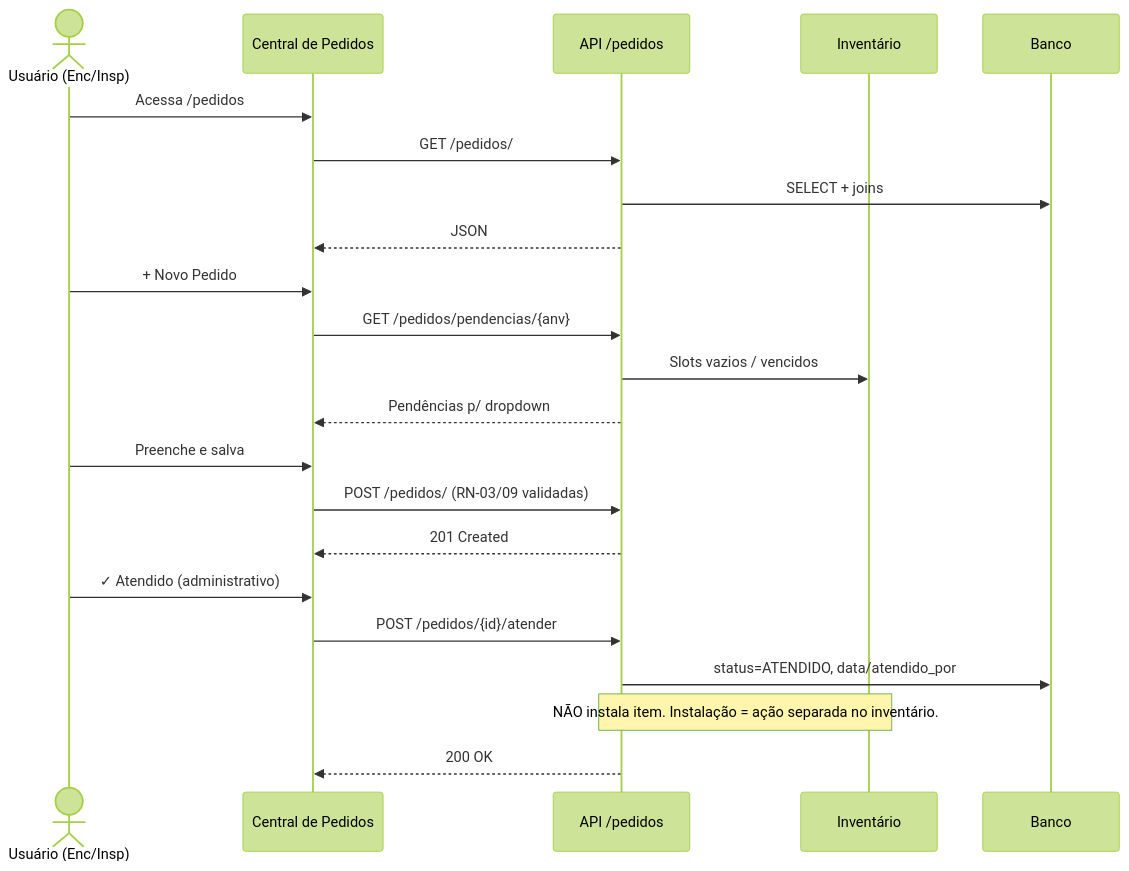
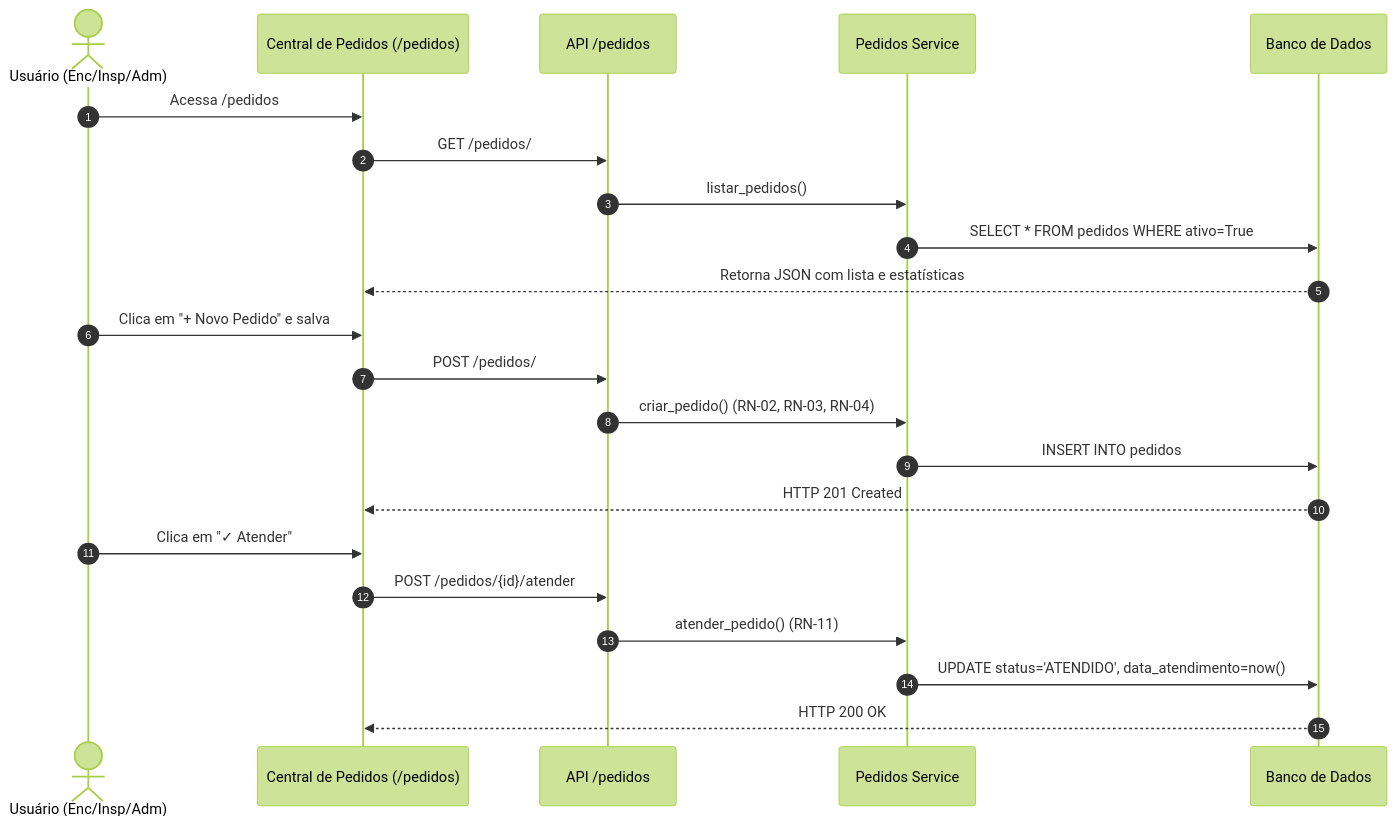
One commit to BrGarcia/saa29 changed the diagram in docs/backlog/modulo_pedidos/feature_controle_pedidos.md. Above: the diagram before and after it, drawn with Mermaid (forest theme). The commit also changed other lines of this file and 12 other files, not shown here.

````diff
--- a/docs/backlog/modulo_pedidos/feature_controle_pedidos.md
+++ b/docs/backlog/modulo_pedidos/feature_controle_pedidos.md
@@ -390,27 +322,27 @@
 ```mermaid
 sequenceDiagram
-    actor U as Usuário (Enc/Insp)
-    participant UI as Central de Pedidos
+    autonumber
+    actor U as Usuário (Enc/Insp/Adm)
+    participant UI as Central de Pedidos (/pedidos)
     participant API as API /pedidos
-    participant INV as Inventário
-    participant DB as Banco
+    participant SVC as Pedidos Service
+    participant DB as Banco de Dados
 
     U->>UI: Acessa /pedidos
     UI->>API: GET /pedidos/
-    API->>DB: SELECT + joins
-    API-->>UI: JSON
+    API->>SVC: listar_pedidos()
+    SVC->>DB: SELECT * FROM pedidos WHERE ativo=True
+    DB-->>UI: Retorna JSON com lista e estatísticas
 
-    U->>UI: + Novo Pedido
-    UI->>API: GET /pedidos/pendencias/{anv}
-    API->>INV: Slots vazios / vencidos
-    API-->>UI: Pendências p/ dropdown
-    U->>UI: Preenche e salva
-    UI->>API: POST /pedidos/  (RN-03/09 validadas)
-    API-->>UI: 201 Created
+    U->>UI: Clica em "+ Novo Pedido" e salva
+    UI->>API: POST /pedidos/
+    API->>SVC: criar_pedido() (RN-02, RN-03, RN-04)
+    SVC->>DB: INSERT INTO pedidos
+    DB-->>UI: HTTP 201 Created
 
-    U->>UI: ✓ Atendido (administrativo)
+    U->>UI: Clica em "✓ Atender"
     UI->>API: POST /pedidos/{id}/atender
-    API->>DB: status=ATENDIDO, data/atendido_por
-    Note over API,INV: NÃO instala item. Instalação = ação separada no inventário.
-    API-->>UI: 200 OK
+    API->>SVC: atender_pedido() (RN-11)
+    SVC->>DB: UPDATE status='ATENDIDO', data_atendimento=now()
+    DB-->>UI: HTTP 200 OK
 ```
````
